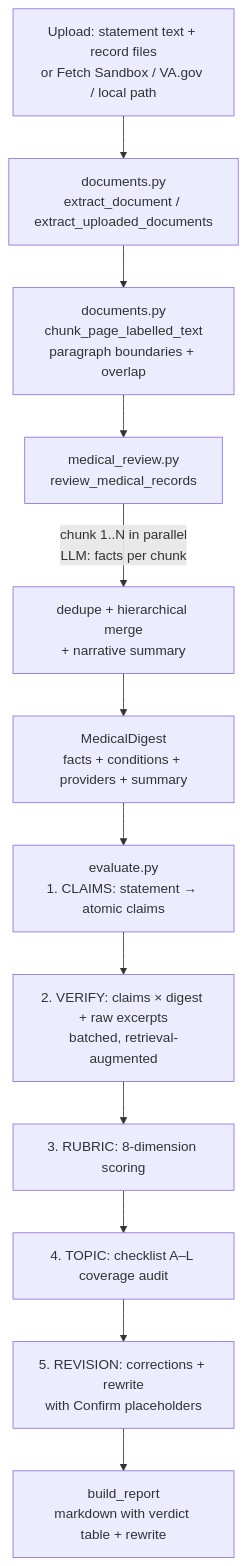
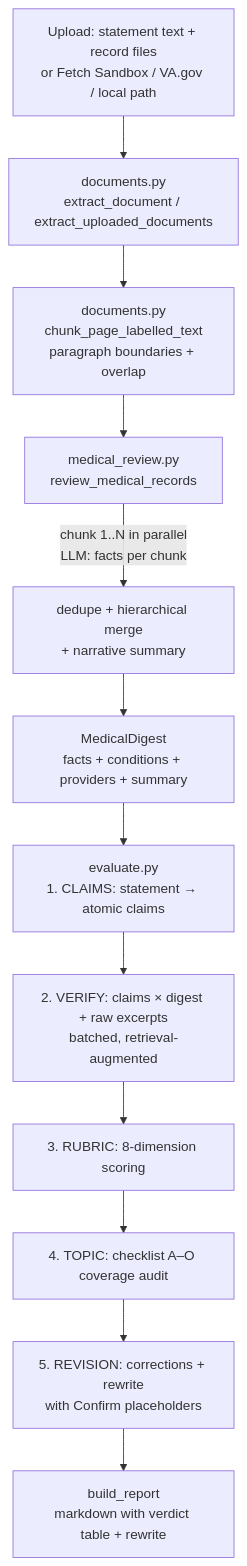
The first of 2 diagrams in ARCHITECTURE.md (richardparslow-commits/VALayStatementEvaluator), drawn with Mermaid before and after one commit. The commit also changed other lines of this file and 62 other files, not shown here.

````diff
--- a/ARCHITECTURE.md
+++ b/ARCHITECTURE.md
@@ -95,14 +96,14 @@
 ```mermaid
 flowchart TD
     A[Upload: statement text + record files<br/>or Fetch Sandbox / VA.gov / local path] --> B[documents.py<br/>extract_document / extract_uploaded_documents]
     B --> C[documents.py<br/>chunk_page_labelled_text<br/>paragraph boundaries + overlap]
     C --> D[medical_review.py<br/>review_medical_records]
     D -->|chunk 1..N in parallel<br/>LLM: facts per chunk| E[dedupe + hierarchical merge<br/>+ narrative summary]
     E --> F[MedicalDigest<br/>facts + conditions + providers + summary]
     F --> G[evaluate.py<br/>1. CLAIMS: statement → atomic claims]
     G --> H[2. VERIFY: claims × digest + raw excerpts<br/>batched, retrieval-augmented]
     H --> I[3. RUBRIC: 8-dimension scoring]
-    I --> J[4. TOPIC: checklist A–L coverage audit]
+    I --> J[4. TOPIC: checklist A–O coverage audit]
     J --> K[5. REVISION: corrections + rewrite<br/>with Confirm placeholders]
     K --> L[build_report<br/>markdown with verdict table + rewrite]
 ```
````
